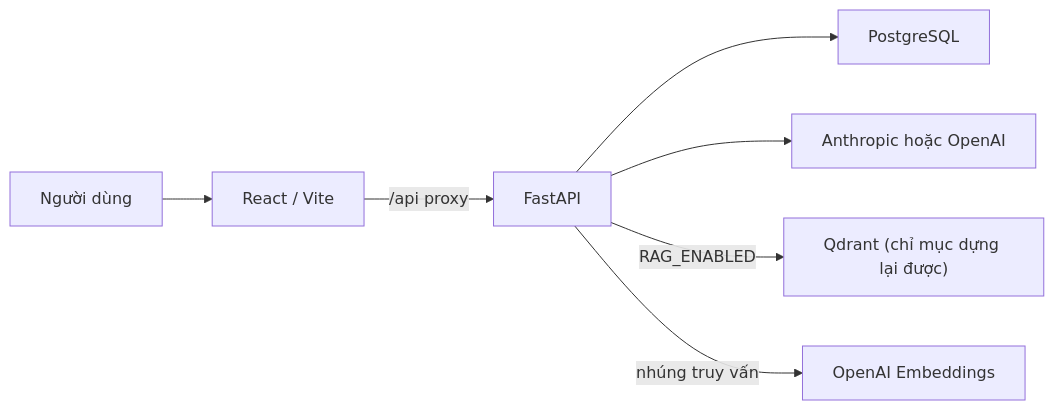
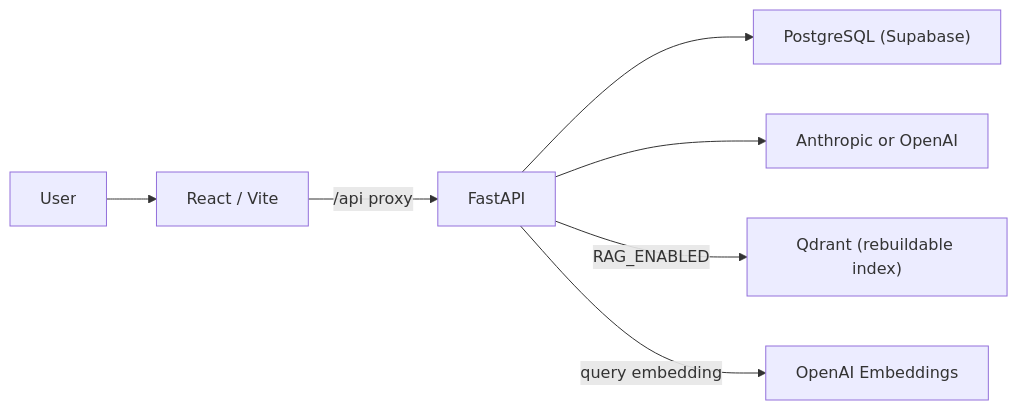
One commit to HoaggHuyNgx/VieTaxLegal changed the diagram in README.md. Above: the diagram before and after it, drawn with Mermaid. The commit also changed other lines of this file and 2 other files, not shown here.

````diff
--- a/README.md
+++ b/README.md
@@ -38,9 +43,9 @@
 ```mermaid
 flowchart LR
-    U["Người dùng"] --> F["React / Vite"]
+    U["User"] --> F["React / Vite"]
     F -->|"/api proxy"| B["FastAPI"]
-    B --> D["PostgreSQL"]
-    B --> A["Anthropic hoặc OpenAI"]
-    B -->|"RAG_ENABLED"| Q["Qdrant (chỉ mục dựng lại được)"]
-    B -->|"nhúng truy vấn"| E["OpenAI Embeddings"]
+    B --> D["PostgreSQL (Supabase)"]
+    B --> A["Anthropic or OpenAI"]
+    B -->|"RAG_ENABLED"| Q["Qdrant (rebuildable index)"]
+    B -->|"query embedding"| E["OpenAI Embeddings"]
 ```
````
